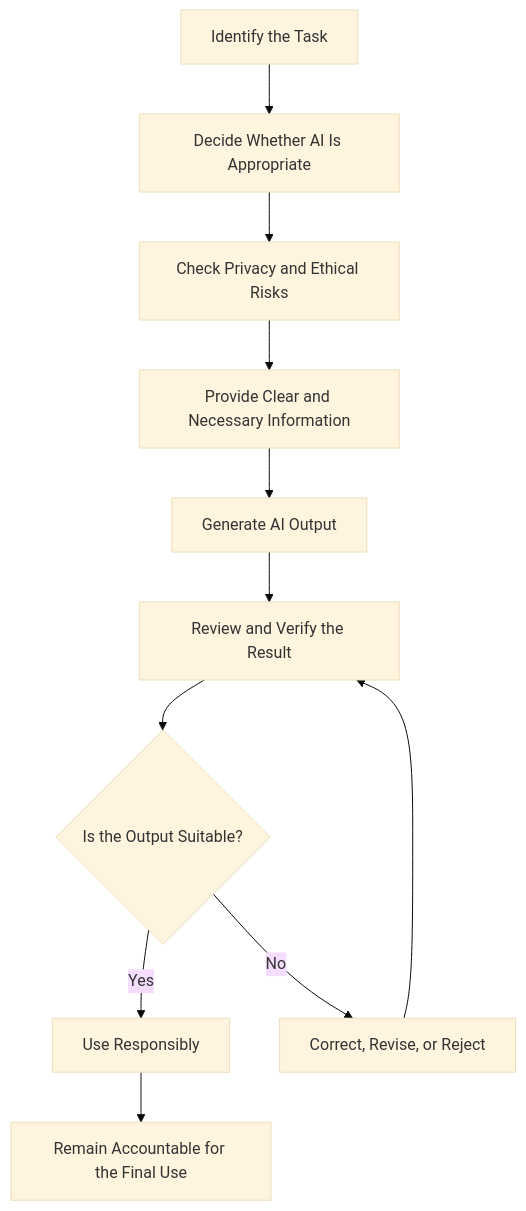
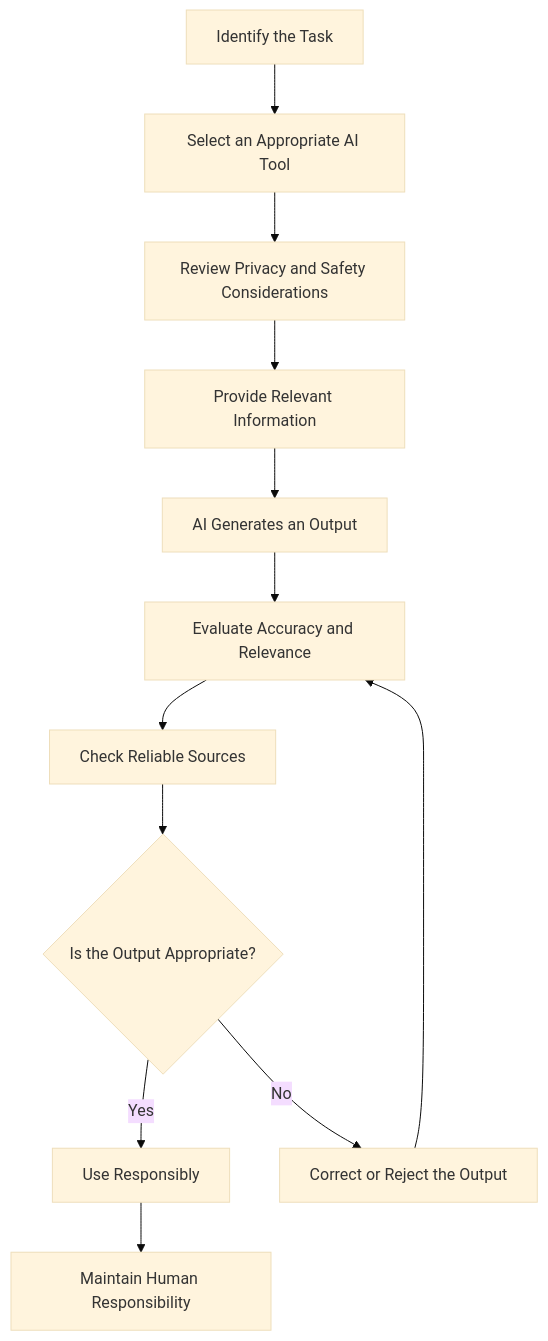
Before and after one commit to NicolausLionel/SLN: the sixth of 6 diagrams in content/05_ethical-and-responsible-use.md, drawn with Mermaid (base theme). The commit also changed other lines of this file, not shown here.

````diff
--- a/content/05_ethical-and-responsible-use.md
+++ b/content/05_ethical-and-responsible-use.md
@@ -1128,13 +732,14 @@
 ```mermaid
 flowchart TD
-    A["Identify the Task"] --> B["Decide Whether AI Is Appropriate"]
-    B --> C["Check Privacy and Ethical Risks"]
-    C --> D["Provide Clear and Necessary Information"]
-    D --> E["Generate AI Output"]
-    E --> F["Review and Verify the Result"]
-    F --> G{"Is the Output Suitable?"}
-    G -->|Yes| H["Use Responsibly"]
-    G -->|No| I["Correct, Revise, or Reject"]
-    I --> F
-    H --> J["Remain Accountable for the Final Use"]
+    A[Identify the Task] --> B[Select an Appropriate AI Tool]
+    B --> C[Review Privacy and Safety Considerations]
+    C --> D[Provide Relevant Information]
+    D --> E[AI Generates an Output]
+    E --> F[Evaluate Accuracy and Relevance]
+    F --> G[Check Reliable Sources]
+    G --> H{Is the Output Appropriate?}
+    H -->|Yes| I[Use Responsibly]
+    H -->|No| J[Correct or Reject the Output]
+    J --> F
+    I --> K[Maintain Human Responsibility]
 ```
````
